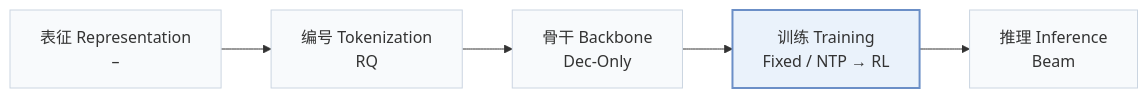
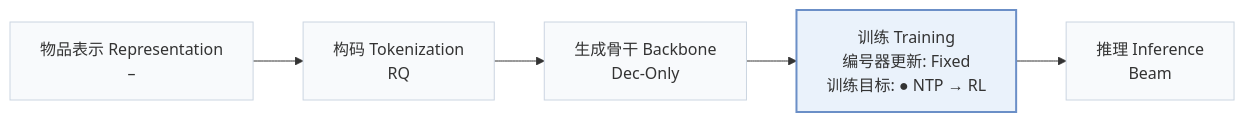
Before and after one commit to Galaxy-ghost/Awesome-SID-Generative-Rec: the first of 2 diagrams in pages/zh/papers/hcgrec.md, drawn with Mermaid. The commit also changed other lines of this file and 558 other files, not shown here.

````diff
--- a/pages/zh/papers/hcgrec.md
+++ b/pages/zh/papers/hcgrec.md
@@ -15,8 +18,8 @@
 ```mermaid
 flowchart LR
-    R["表征 Representation<br/>–"] --> T["编号 Tokenization<br/>RQ"] --> B["骨干 Backbone<br/>Dec-Only"] --> TR["训练 Training<br/>Fixed / NTP → RL"] --> I["推理 Inference<br/>Beam"]
+    R["物品表示 Representation<br/>–"] --> T["构码 Tokenization<br/>RQ"] --> B["生成骨干 Backbone<br/>Dec-Only"] --> TR["训练 Training<br/>编号器更新: Fixed<br/>训练目标: ● NTP → RL"] --> I["推理 Inference<br/>Beam"]
     classDef base fill:#f8fafc,stroke:#cbd5e1
     class R,T,B,TR,I base
     classDef main fill:#eaf2fb,stroke:#6b8fc7,stroke-width:2px
     class TR main
 ```
````
